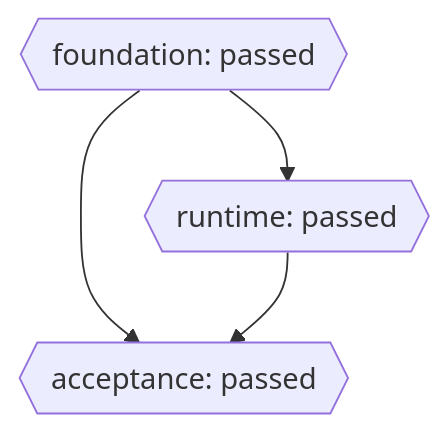
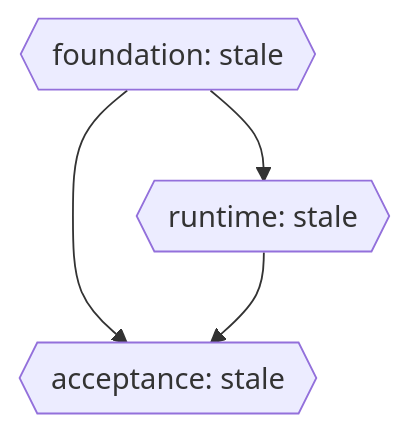
One commit to gosomea/deepseek-harness-go changed the diagram in docs/10-plans/cordis-v01/dag.mmd. Above: the diagram before and after it, drawn with Mermaid. The commit also changed 42 other files, not shown here.

```diff
--- a/docs/10-plans/cordis-v01/dag.mmd
+++ b/docs/10-plans/cordis-v01/dag.mmd
@@ -1,7 +1,7 @@
 flowchart TD
-  foundation{{"foundation: passed"}}
-  runtime{{"runtime: passed"}}
+  foundation{{"foundation: stale"}}
+  runtime{{"runtime: stale"}}
   foundation --> runtime
-  acceptance{{"acceptance: passed"}}
+  acceptance{{"acceptance: stale"}}
   foundation --> acceptance
   runtime --> acceptance
```
